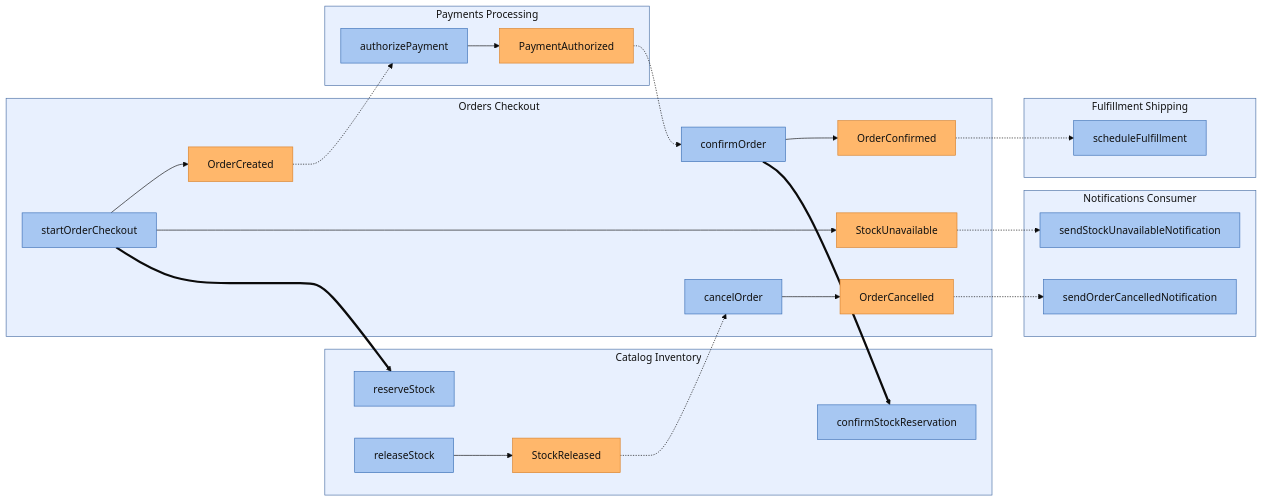
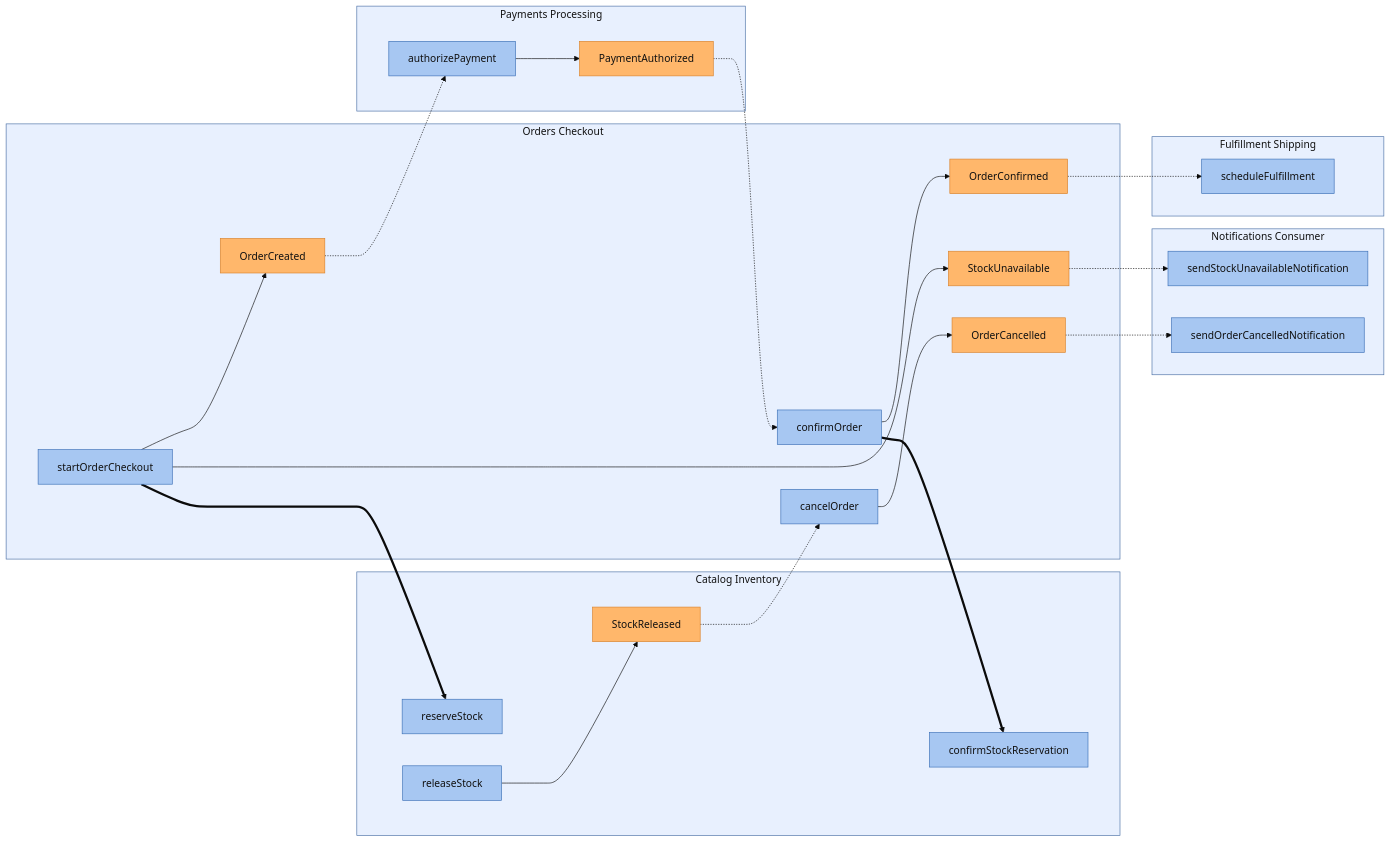
Before and after one commit to ZenWave360/dsl-kotlin: the first of 4 diagrams in dsl-docs/src/commonTest/resources/snapshots/arcadia-modulith/modules/orders-checkout.md, drawn with Mermaid (base theme). The commit also changed other lines of this file and 21 other files, not shown here.

Commit message:
feat(views): event class diagrams, light class diagram styling, command adapters

````diff
--- a/dsl-docs/src/commonTest/resources/snapshots/arcadia-modulith/modules/orders-checkout.md
+++ b/dsl-docs/src/commonTest/resources/snapshots/arcadia-modulith/modules/orders-checkout.md
@@ -16,56 +16,74 @@
 ```mermaid
 flowchart LR
   classDef module fill:#e8f0fe,stroke:#4a6fa5,color:#111
   classDef command fill:#a7c7f2,stroke:#3b6fb6,color:#111
   classDef event fill:#ffb76b,stroke:#d9822b,color:#111
 
   subgraph sg_CatalogInventory["Catalog Inventory"]
-    CatalogInventory__InventoryService__reserveStock["reserveStock"]
-    CatalogInventory__InventoryService__releaseStock["releaseStock"]
-    CatalogInventory__InventoryService__confirmStockReservation["confirmStockReservation"]
-    CatalogInventory__StockReleased["StockReleased"]
+    subgraph sg_CatalogInventory_cmd[" "]
+      CatalogInventory__InventoryService__reserveStock["reserveStock"]
+      CatalogInventory__InventoryService__releaseStock["releaseStock"]
+      CatalogInventory__InventoryService__confirmStockReservation["confirmStockReservation"]
+    end
+    subgraph sg_CatalogInventory_evt[" "]
+      CatalogInventory__StockReleased["StockReleased"]
+    end
   end
 
   subgraph sg_FulfillmentShipping["Fulfillment Shipping"]
     FulfillmentShipping__FulfillmentShippingService__scheduleFulfillment["scheduleFulfillment"]
   end
 
   subgraph sg_NotificationsConsumer["Notifications Consumer"]
     NotificationsConsumer__NotificationsConsumerService__sendStockUnavailableNotification["sendStockUnavailableNotification"]
     NotificationsConsumer__NotificationsConsumerService__sendOrderCancelledNotification["sendOrderCancelledNotification"]
   end
 
   subgraph sg_OrdersCheckout["Orders Checkout"]
-    OrdersCheckout__OrdersCheckoutService__startOrderCheckout["startOrderCheckout"]
-    OrdersCheckout__OrdersCheckoutService__confirmOrder["confirmOrder"]
-    OrdersCheckout__OrdersCheckoutService__cancelOrder["cancelOrder"]
-    OrdersCheckout__OrderCancelled["OrderCancelled"]
-    OrdersCheckout__OrderConfirmed["OrderConfirmed"]
-    OrdersCheckout__OrderCreated["OrderCreated"]
-    OrdersCheckout__StockUnavailable["StockUnavailable"]
+    subgraph sg_OrdersCheckout_cmd[" "]
+      OrdersCheckout__OrdersCheckoutService__startOrderCheckout["startOrderCheckout"]
+      OrdersCheckout__OrdersCheckoutService__confirmOrder["confirmOrder"]
+      OrdersCheckout__OrdersCheckoutService__cancelOrder["cancelOrder"]
+    end
+    subgraph sg_OrdersCheckout_evt[" "]
+      OrdersCheckout__OrderCancelled["OrderCancelled"]
+      OrdersCheckout__OrderConfirmed["OrderConfirmed"]
+      OrdersCheckout__OrderCreated["OrderCreated"]
+      OrdersCheckout__StockUnavailable["StockUnavailable"]
+    end
   end
 
   subgraph sg_PaymentsProcessing["Payments Processing"]
-    PaymentsProcessing__PaymentsProcessingService__authorizePayment["authorizePayment"]
-    PaymentsProcessing__PaymentAuthorized["PaymentAuthorized"]
+    subgraph sg_PaymentsProcessing_cmd[" "]
+      PaymentsProcessing__PaymentsProcessingService__authorizePayment["authorizePayment"]
+    end
+    subgraph sg_PaymentsProcessing_evt[" "]
+      PaymentsProcessing__PaymentAuthorized["PaymentAuthorized"]
+    end
   end
 
   class sg_CatalogInventory,sg_FulfillmentShipping,sg_NotificationsConsumer,sg_OrdersCheckout,sg_PaymentsProcessing module
   class CatalogInventory__InventoryService__confirmStockReservation,CatalogInventory__InventoryService__releaseStock,CatalogInventory__InventoryService__reserveStock,FulfillmentShipping__FulfillmentShippingService__scheduleFulfillment,NotificationsConsumer__NotificationsConsumerService__sendOrderCancelledNotification,NotificationsConsumer__NotificationsConsumerService__sendStockUnavailableNotification,OrdersCheckout__OrdersCheckoutService__cancelOrder,OrdersCheckout__OrdersCheckoutService__confirmOrder,OrdersCheckout__OrdersCheckoutService__startOrderCheckout,PaymentsProcessing__PaymentsProcessingService__authorizePayment command
   class CatalogInventory__StockReleased,OrdersCheckout__OrderCancelled,OrdersCheckout__OrderConfirmed,OrdersCheckout__OrderCreated,OrdersCheckout__StockUnavailable,PaymentsProcessing__PaymentAuthorized event
+  style sg_CatalogInventory_cmd fill:none,stroke:none
+  style sg_CatalogInventory_evt fill:none,stroke:none
+  style sg_OrdersCheckout_cmd fill:none,stroke:none
+  style sg_OrdersCheckout_evt fill:none,stroke:none
+  style sg_PaymentsProcessing_cmd fill:none,stroke:none
+  style sg_PaymentsProcessing_evt fill:none,stroke:none
 
   CatalogInventory__InventoryService__releaseStock --> CatalogInventory__StockReleased
   OrdersCheckout__OrdersCheckoutService__cancelOrder --> OrdersCheckout__OrderCancelled
   OrdersCheckout__OrdersCheckoutService__confirmOrder --> OrdersCheckout__OrderConfirmed
   OrdersCheckout__OrdersCheckoutService__startOrderCheckout --> OrdersCheckout__OrderCreated
   OrdersCheckout__OrdersCheckoutService__startOrderCheckout --> OrdersCheckout__StockUnavailable
   PaymentsProcessing__PaymentsProcessingService__authorizePayment --> PaymentsProcessing__PaymentAuthorized
   CatalogInventory__StockReleased -.-> OrdersCheckout__OrdersCheckoutService__cancelOrder
   OrdersCheckout__OrderCancelled -.-> NotificationsConsumer__NotificationsConsumerService__sendOrderCancelledNotification
   OrdersCheckout__OrderConfirmed -.-> FulfillmentShipping__FulfillmentShippingService__scheduleFulfillment
   OrdersCheckout__OrderCreated -.-> PaymentsProcessing__PaymentsProcessingService__authorizePayment
   OrdersCheckout__StockUnavailable -.-> NotificationsConsumer__NotificationsConsumerService__sendStockUnavailableNotification
   PaymentsProcessing__PaymentAuthorized -.-> OrdersCheckout__OrdersCheckoutService__confirmOrder
   OrdersCheckout__OrdersCheckoutService__confirmOrder ==> CatalogInventory__InventoryService__confirmStockReservation
   OrdersCheckout__OrdersCheckoutService__startOrderCheckout ==> CatalogInventory__InventoryService__reserveStock
 ```
````
